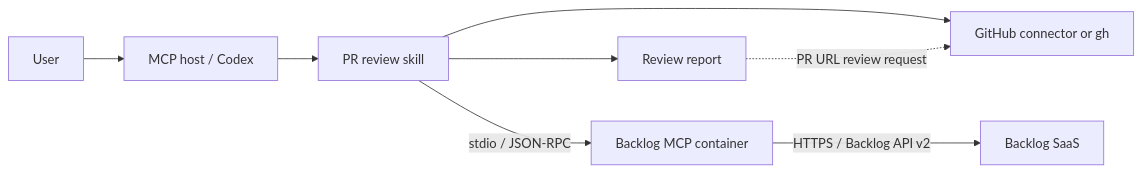
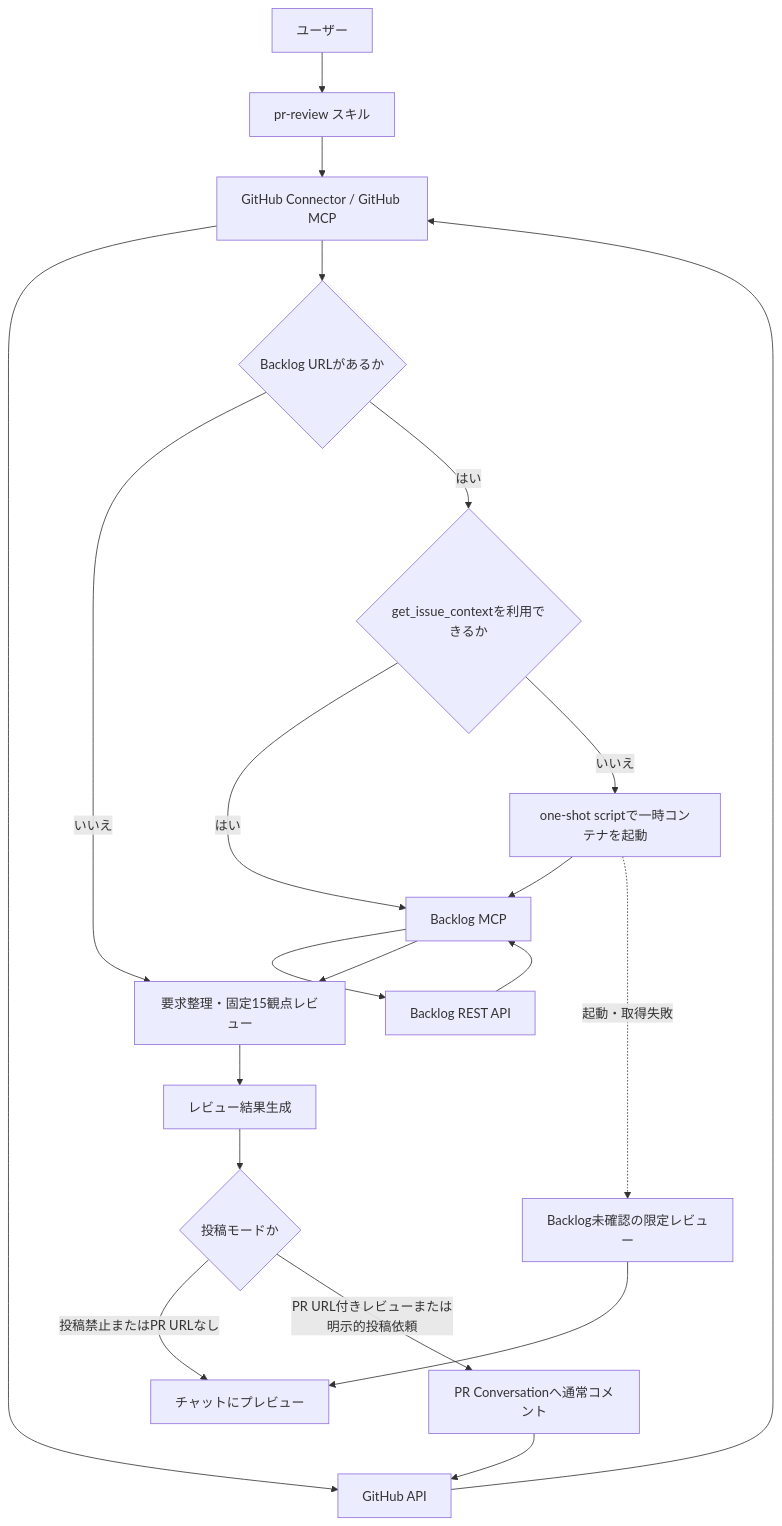
The first of 2 diagrams in docs/architecture.md (htakumi08/mcp-pr-review), drawn with Mermaid before and after one commit. The commit also changed other lines of this file and 7 other files, not shown here.

````diff
--- a/docs/architecture.md
+++ b/docs/architecture.md
@@ -11,10 +11,23 @@
 ```mermaid
-flowchart LR
-    U["User"] --> H["MCP host / Codex"]
-    H --> S["PR review skill"]
-    S --> G["GitHub connector or gh"]
-    S -->|"stdio / JSON-RPC"| M["Backlog MCP container"]
-    M -->|"HTTPS / Backlog API v2"| B["Backlog SaaS"]
-    S --> R["Review report"]
-    R -. "PR URL review request" .-> G
+flowchart TD
+    U["ユーザー"] --> S["pr-review スキル"]
+    S --> G["GitHub Connector / GitHub MCP"]
+    G --> GH["GitHub API"]
+    GH --> G
+    G --> D{"Backlog URLがあるか"}
+    D -->|"いいえ"| K["要求整理・固定15観点レビュー"]
+    D -->|"はい"| T{"get_issue_contextを利用できるか"}
+    T -->|"はい"| M["Backlog MCP"]
+    T -->|"いいえ"| F["one-shot scriptで一時コンテナを起動"]
+    F --> M
+    M --> BA["Backlog REST API"]
+    BA --> M
+    M --> K
+    F -. "起動・取得失敗" .-> L["Backlog未確認の限定レビュー"]
+    L --> C["チャットにプレビュー"]
+    K --> V["レビュー結果生成"]
+    V --> P{"投稿モードか"}
+    P -->|"投稿禁止またはPR URLなし"| C
+    P -->|"PR URL付きレビューまたは明示的投稿依頼"| W["PR Conversationへ通常コメント"]
+    W --> GH
 ```
````
